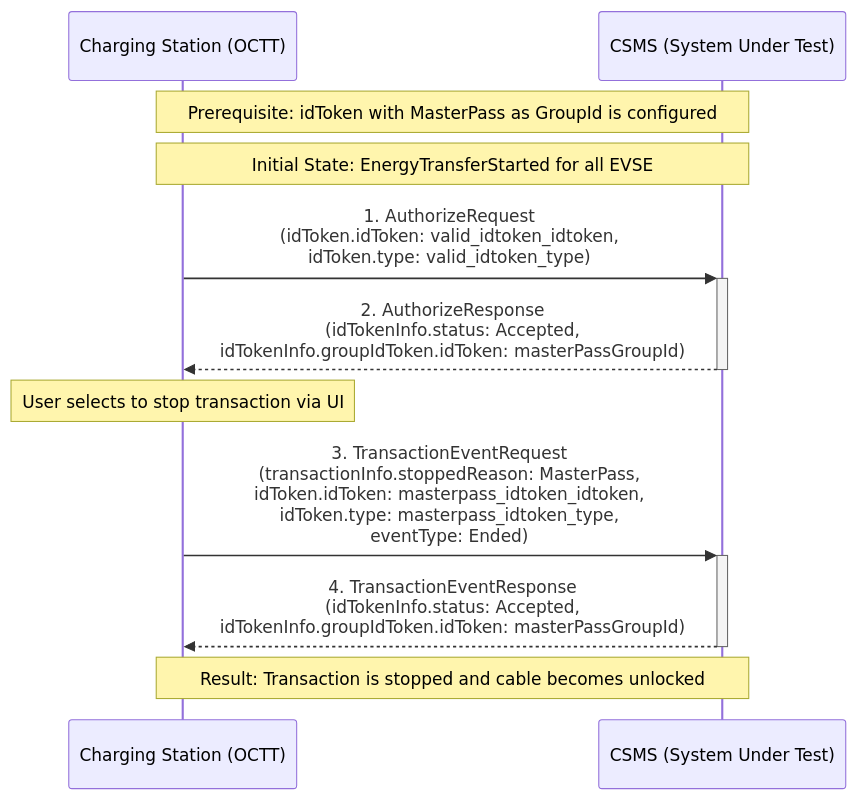
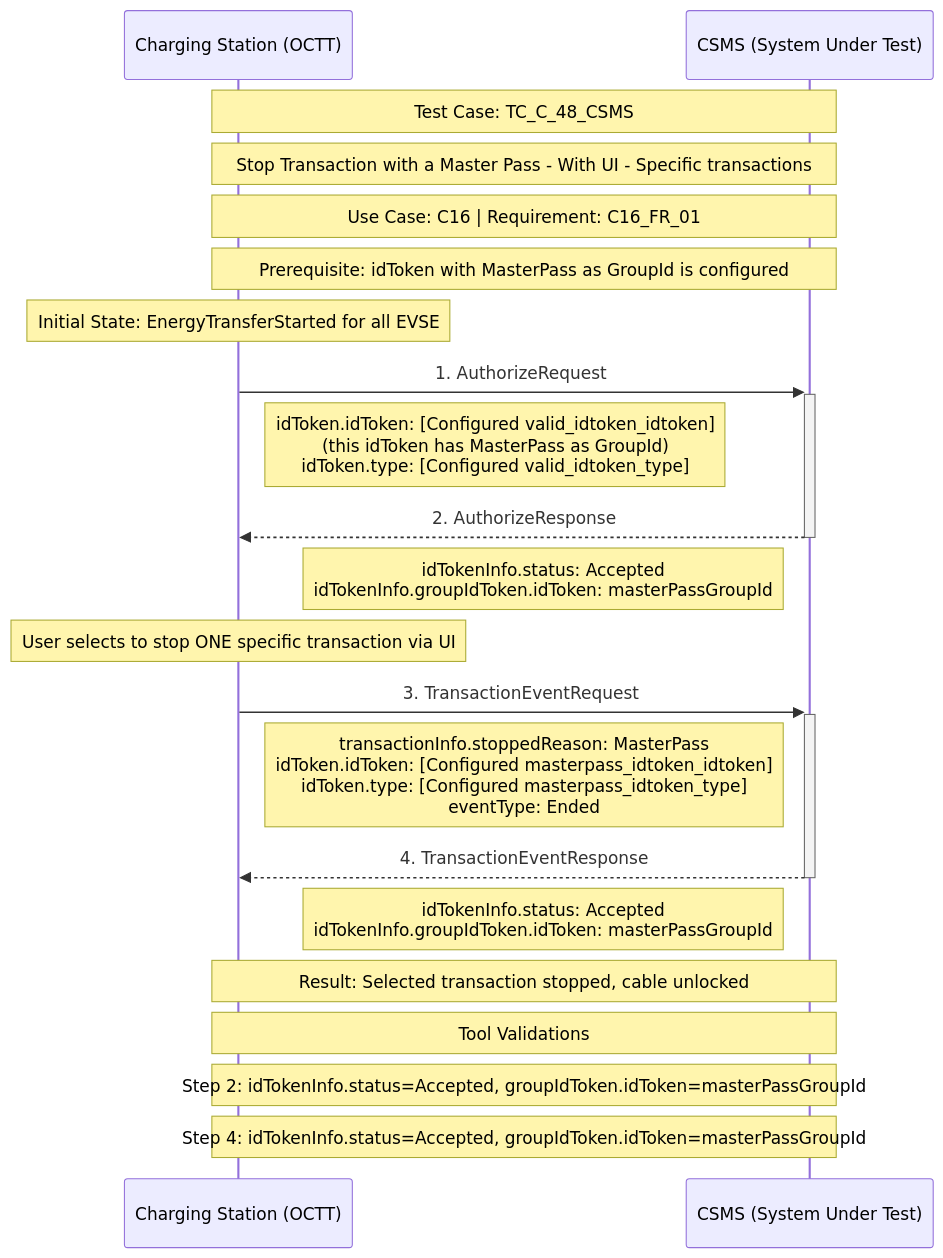
The diagram in C/test_tc_c_48_csms.mermaid (AviranAbady/tzi-OCTT), drawn with Mermaid before and after one commit. The commit also changed 547 other files, not shown here.

```diff
--- a/C/test_tc_c_48_csms.mermaid
+++ b/C/test_tc_c_48_csms.mermaid
@@ -1,16 +1,30 @@
 sequenceDiagram
     participant CS as Charging Station (OCTT)
     participant CSMS as CSMS (System Under Test)
-    
+
+    Note over CS, CSMS: Test Case: TC_C_48_CSMS
+    Note over CS, CSMS: Stop Transaction with a Master Pass - With UI - Specific transactions
+    Note over CS, CSMS: Use Case: C16 | Requirement: C16_FR_01
+
     Note over CS, CSMS: Prerequisite: idToken with MasterPass as GroupId is configured
-    Note over CS, CSMS: Initial State: EnergyTransferStarted for all EVSE
-    
-    CS->>+CSMS: 1. AuthorizeRequest<br>(idToken.idToken: valid_idtoken_idtoken,<br>idToken.type: valid_idtoken_type)
-    CSMS-->>-CS: 2. AuthorizeResponse<br>(idTokenInfo.status: Accepted,<br>idTokenInfo.groupIdToken.idToken: masterPassGroupId)
-    
-    Note over CS: User selects to stop transaction via UI
-    
-    CS->>+CSMS: 3. TransactionEventRequest<br>(transactionInfo.stoppedReason: MasterPass,<br>idToken.idToken: masterpass_idtoken_idtoken,<br>idToken.type: masterpass_idtoken_type,<br>eventType: Ended)
-    CSMS-->>-CS: 4. TransactionEventResponse<br>(idTokenInfo.status: Accepted,<br>idTokenInfo.groupIdToken.idToken: masterPassGroupId)
-    
-    Note over CS, CSMS: Result: Transaction is stopped and cable becomes unlocked
+    Note over CS: Initial State: EnergyTransferStarted for all EVSE
+
+    CS->>+CSMS: 1. AuthorizeRequest
+    Note right of CS: idToken.idToken: [Configured valid_idtoken_idtoken]<br/>(this idToken has MasterPass as GroupId)<br/>idToken.type: [Configured valid_idtoken_type]
+
+    CSMS-->>-CS: 2. AuthorizeResponse
+    Note left of CSMS: idTokenInfo.status: Accepted<br/>idTokenInfo.groupIdToken.idToken: masterPassGroupId
+
+    Note over CS: User selects to stop ONE specific transaction via UI
+
+    CS->>+CSMS: 3. TransactionEventRequest
+    Note right of CS: transactionInfo.stoppedReason: MasterPass<br/>idToken.idToken: [Configured masterpass_idtoken_idtoken]<br/>idToken.type: [Configured masterpass_idtoken_type]<br/>eventType: Ended
+
+    CSMS-->>-CS: 4. TransactionEventResponse
+    Note left of CSMS: idTokenInfo.status: Accepted<br/>idTokenInfo.groupIdToken.idToken: masterPassGroupId
+
+    Note over CS, CSMS: Result: Selected transaction stopped, cable unlocked
+
+    Note over CS, CSMS: Tool Validations
+    Note over CS, CSMS: Step 2: idTokenInfo.status=Accepted, groupIdToken.idToken=masterPassGroupId
+    Note over CS, CSMS: Step 4: idTokenInfo.status=Accepted, groupIdToken.idToken=masterPassGroupId
```
